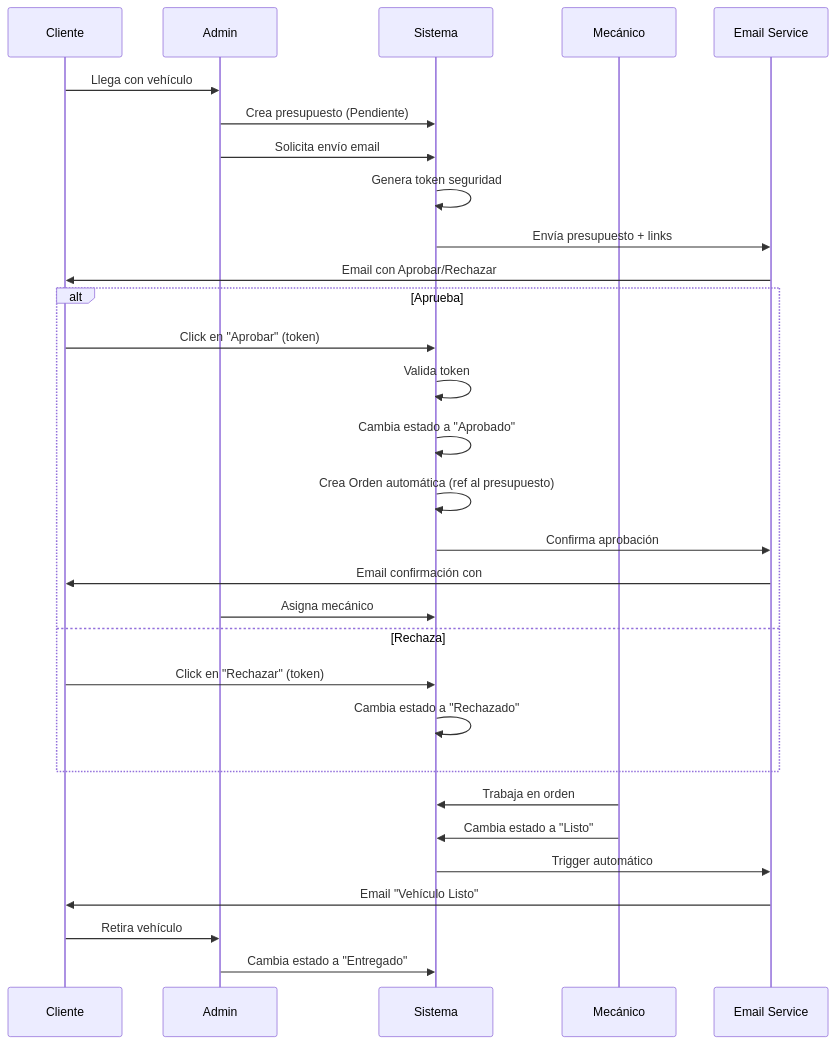
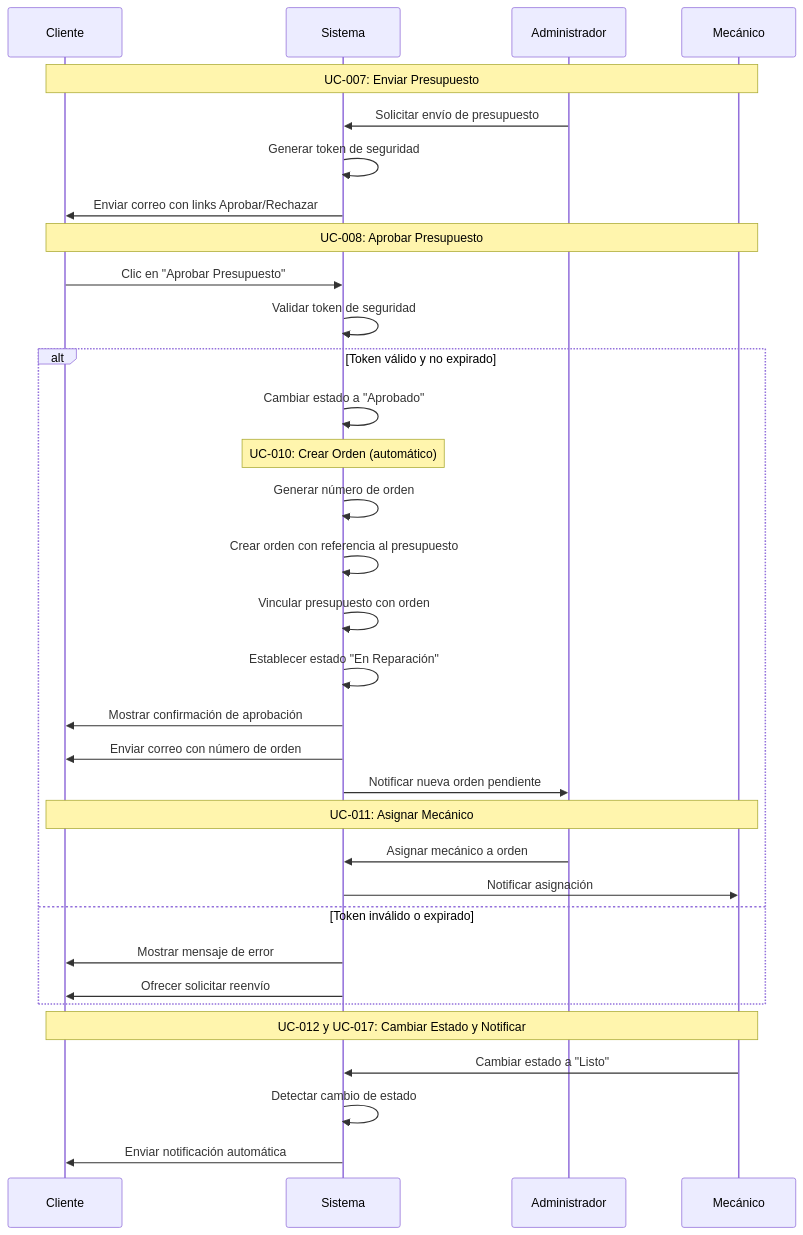
Before and after one commit to Marcos0o0/testttttt: the third of 9 diagrams in test.md, drawn with Mermaid. The commit also changed other lines of this file, not shown here.

````diff
--- a/test.md
+++ b/test.md
@@ -64,35 +209,43 @@
 ```mermaid
 sequenceDiagram
     participant C as Cliente
-    participant A as Admin
     participant S as Sistema
+    participant A as Administrador
     participant M as Mecánico
-    participant E as Email Service
     
-    C->>A: Llega con vehículo
-    A->>S: Crea presupuesto (Pendiente)
-    A->>S: Solicita envío email
-    S->>S: Genera token seguridad
-    S->>E: Envía presupuesto + links
-    E->>C: Email con Aprobar/Rechazar
+    Note over C,M: UC-007: Enviar Presupuesto
+    A->>S: Solicitar envío de presupuesto
+    S->>S: Generar token de seguridad
+    S->>C: Enviar correo con links Aprobar/Rechazar
     
-    alt Aprueba
-        C->>S: Click en "Aprobar" (token)
-        S->>S: Valida token
-        S->>S: Cambia estado a "Aprobado"
-        S->>S: Crea Orden automática (ref al presupuesto)
-        S->>E: Confirma aprobación
-        E->>C: Email confirmación con #orden
-        A->>S: Asigna mecánico
-    else Rechaza
-        C->>S: Click en "Rechazar" (token)
-        S->>S: Cambia estado a "Rechazado"
+    Note over C,M: UC-008: Aprobar Presupuesto
+    C->>S: Clic en "Aprobar Presupuesto"
+    S->>S: Validar token de seguridad
+    
+    alt Token válido y no expirado
+        S->>S: Cambiar estado a "Aprobado"
+        
+        Note over S: UC-010: Crear Orden (automático)
+        S->>S: Generar número de orden
+        S->>S: Crear orden con referencia al presupuesto
+        S->>S: Vincular presupuesto con orden
+        S->>S: Establecer estado "En Reparación"
+        
+        S->>C: Mostrar confirmación de aprobación
+        S->>C: Enviar correo con número de orden
+        S->>A: Notificar nueva orden pendiente
+        
+        Note over C,M: UC-011: Asignar Mecánico
+        A->>S: Asignar mecánico a orden
+        S->>M: Notificar asignación
+        
+    else Token inválido o expirado
+        S->>C: Mostrar mensaje de error
+        S->>C: Ofrecer solicitar reenvío
     end
     
-    M->>S: Trabaja en orden
-    M->>S: Cambia estado a "Listo"
-    S->>E: Trigger automático
-    E->>C: Email "Vehículo Listo"
-    C->>A: Retira vehículo
-    A->>S: Cambia estado a "Entregado"
+    Note over C,M: UC-012 y UC-017: Cambiar Estado y Notificar
+    M->>S: Cambiar estado a "Listo"
+    S->>S: Detectar cambio de estado
+    S->>C: Enviar notificación automática
 ```
````
